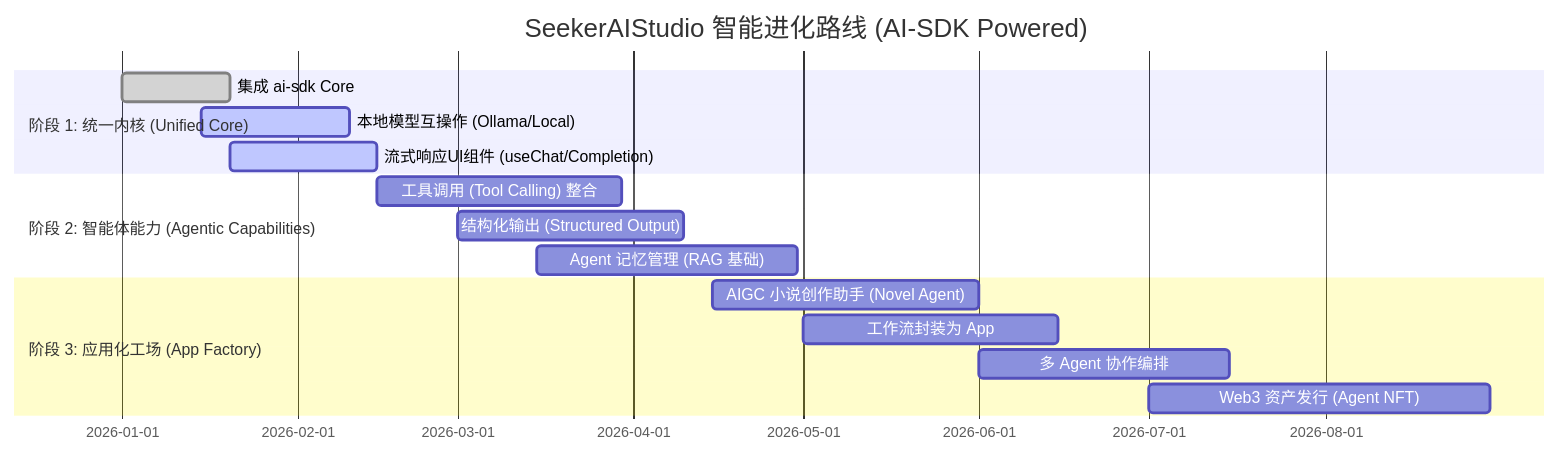
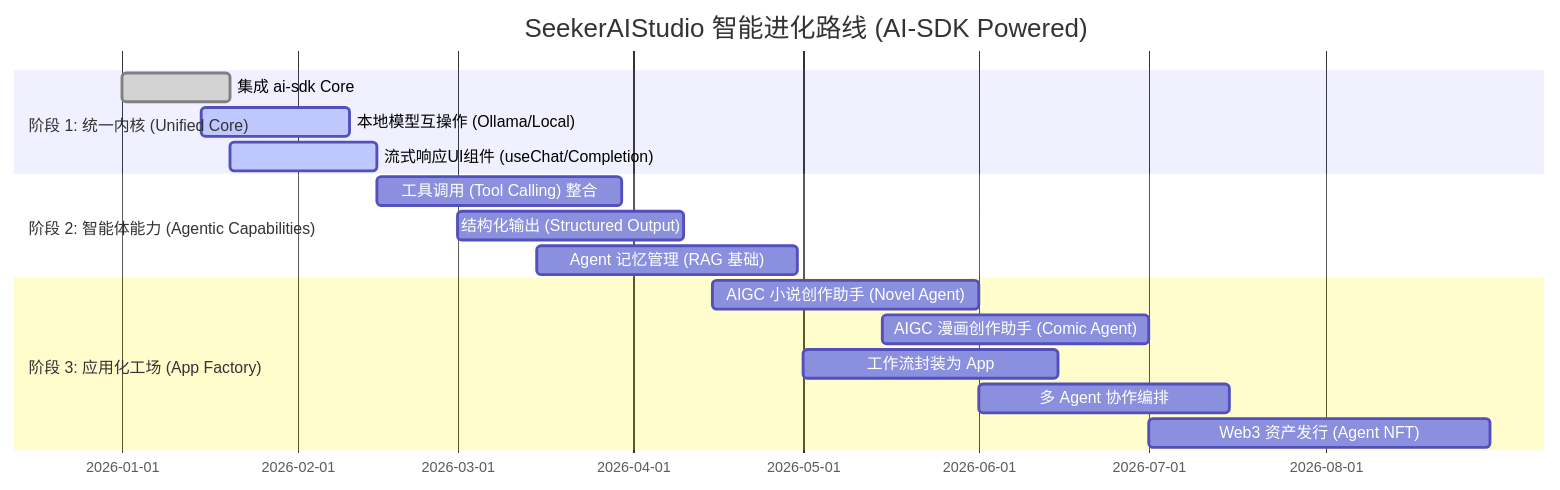
The diagram in docs/roadmap/Roadmap.md (haike0513/SeekerAIStudio), drawn with Mermaid before and after one commit. The commit also changed other lines of this file and 12 other files, not shown here.

````diff
--- a/docs/roadmap/Roadmap.md
+++ b/docs/roadmap/Roadmap.md
@@ -7,21 +7,22 @@
 ```mermaid
 gantt
     title SeekerAIStudio 智能进化路线 (AI-SDK Powered)
     dateFormat  YYYY-MM-DD
     
     section 阶段 1: 统一内核 (Unified Core)
     集成 ai-sdk Core                  :done,   task1, 2026-01-01, 2026-01-20
     本地模型互操作 (Ollama/Local)      :active, task2, 2026-01-15, 2026-02-10
     流式响应UI组件 (useChat/Completion):active, task3, 2026-01-20, 2026-02-15
     
     section 阶段 2: 智能体能力 (Agentic Capabilities)
     工具调用 (Tool Calling) 整合       :        task4, 2026-02-15, 2026-03-30
     结构化输出 (Structured Output)    :        task5, 2026-03-01, 2026-04-10
     Agent 记忆管理 (RAG 基础)         :        task6, 2026-03-15, 2026-04-30
     
     section 阶段 3: 应用化工场 (App Factory)
     AIGC 小说创作助手 (Novel Agent)   :        task_novel, 2026-04-15, 2026-06-01
+    AIGC 漫画创作助手 (Comic Agent)   :        task_comic, 2026-05-15, 2026-07-01
     工作流封装为 App                  :        task7, 2026-05-01, 2026-06-15
     多 Agent 协作编排                 :        task8, 2026-06-01, 2026-07-15
     Web3 资产发行 (Agent NFT)         :        task9, 2026-07-01, 2026-08-30
 ```
````
